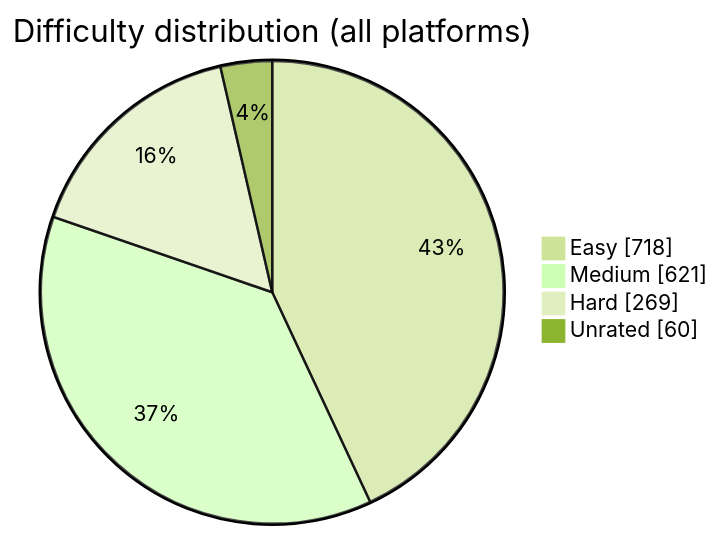
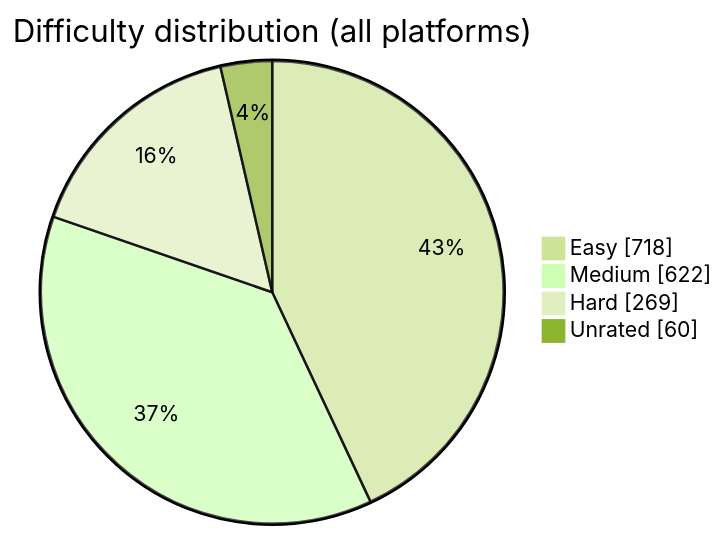
Before and after one commit to BuildbyArindam/Daily-Coding-Log: the diagram in README.md, drawn with Mermaid (forest theme). The commit also changed other lines of this file, not shown here.

````diff
--- a/README.md
+++ b/README.md
@@ -93,7 +93,7 @@
 ```mermaid
 pie showData title Difficulty distribution (all platforms)
     "Easy" : 718
-    "Medium" : 621
+    "Medium" : 622
     "Hard" : 269
     "Unrated" : 60
 ```
````
